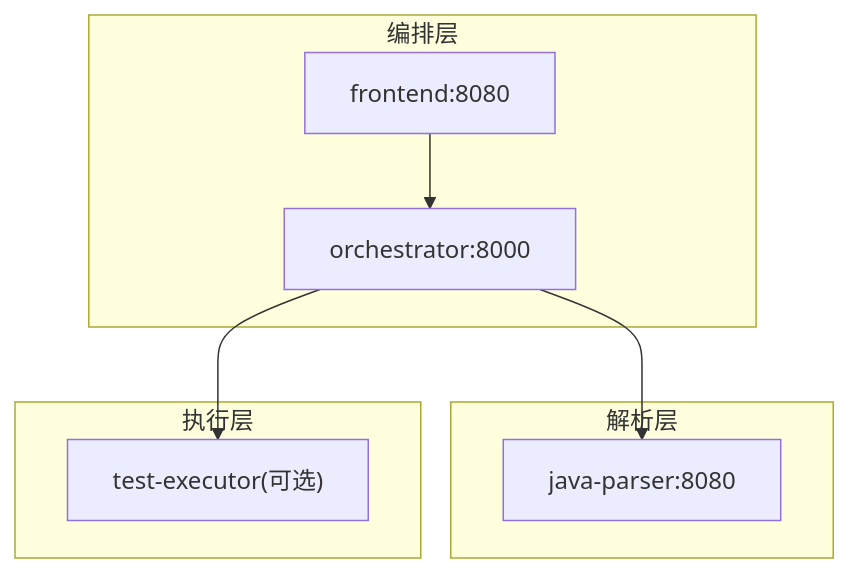
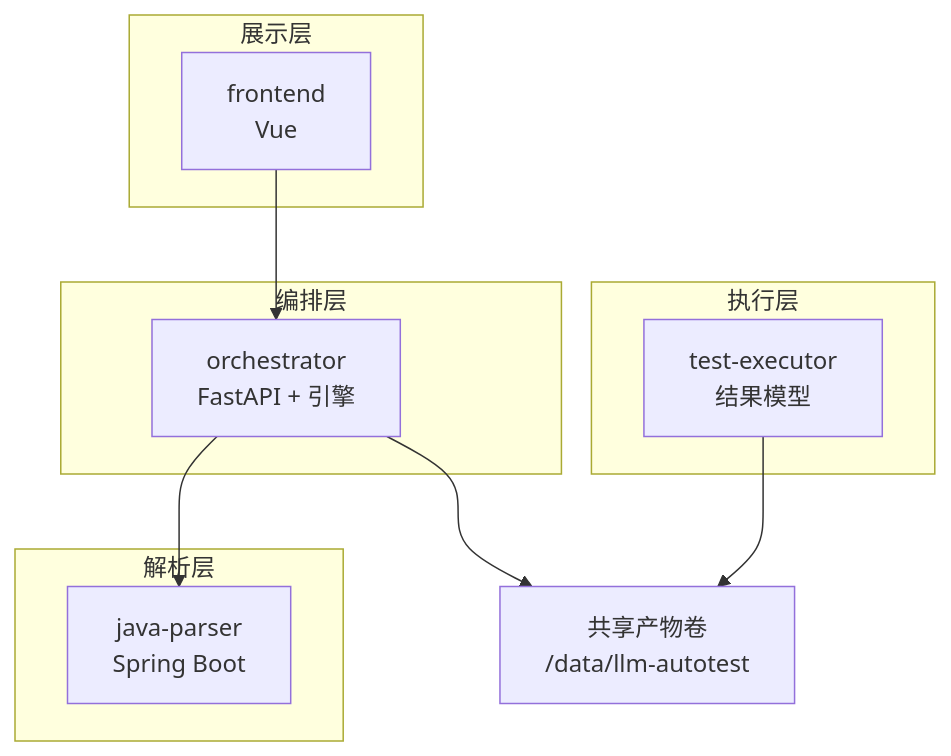
One commit to Joeyzheng001/LLM-AutoTest changed the first of 7 diagrams in .qoder/repowiki/zh/content/核心服务/核心服务.md. Above: the diagram before and after it, drawn with Mermaid. The commit also changed other lines of this file and 186 other files, not shown here.

````diff
--- a/.qoder/repowiki/zh/content/核心服务/核心服务.md
+++ b/.qoder/repowiki/zh/content/核心服务/核心服务.md
@@ -50,16 +44,20 @@
 ```mermaid
 graph TB
 subgraph "编排层"
-FE["frontend:8080"]
-ORCH["orchestrator:8000"]
+ORCH["orchestrator<br/>FastAPI + 引擎"]
 end
 subgraph "解析层"
-JP["java-parser:8080"]
+JP["java-parser<br/>Spring Boot"]
 end
 subgraph "执行层"
-EXEC["test-executor(可选)"]
+EXEC["test-executor<br/>结果模型"]
 end
+subgraph "展示层"
+FE["frontend<br/>Vue"]
+end
+VOL["共享产物卷<br/>/data/llm-autotest"]
 FE --> ORCH
 ORCH --> JP
-ORCH --> EXEC
+ORCH --> VOL
+EXEC --> VOL
 ```
````
